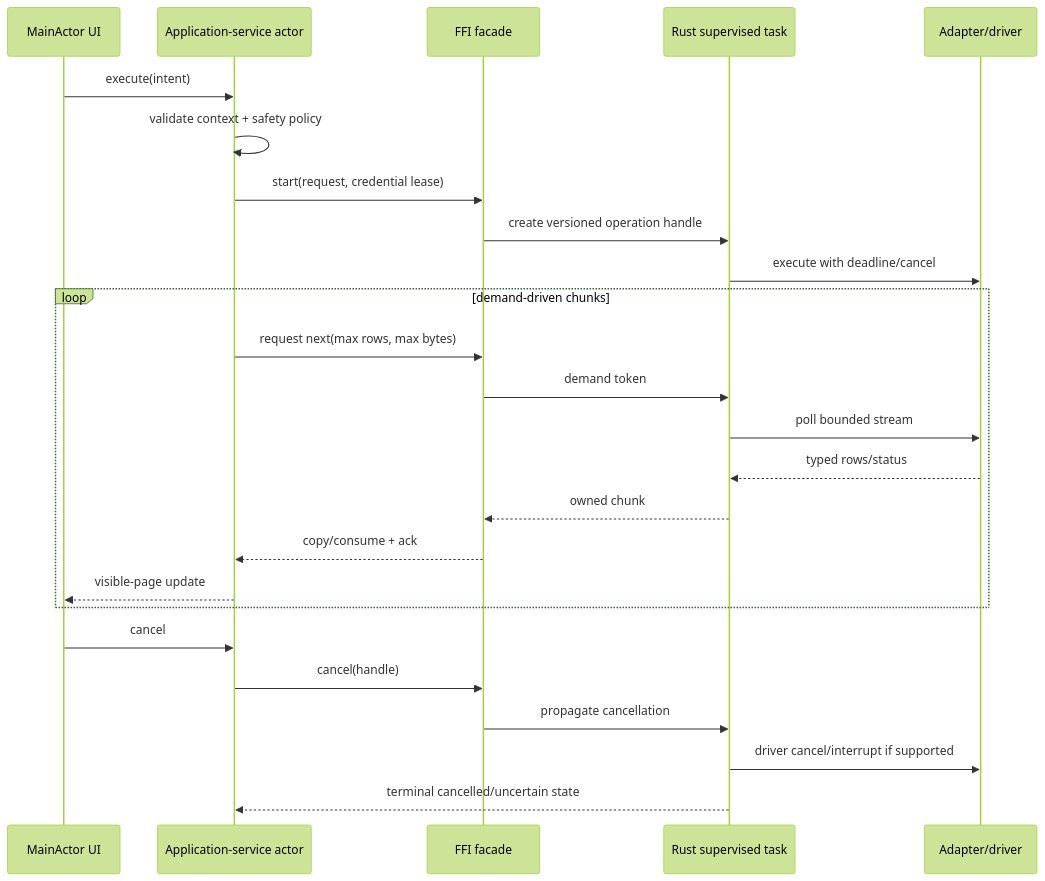
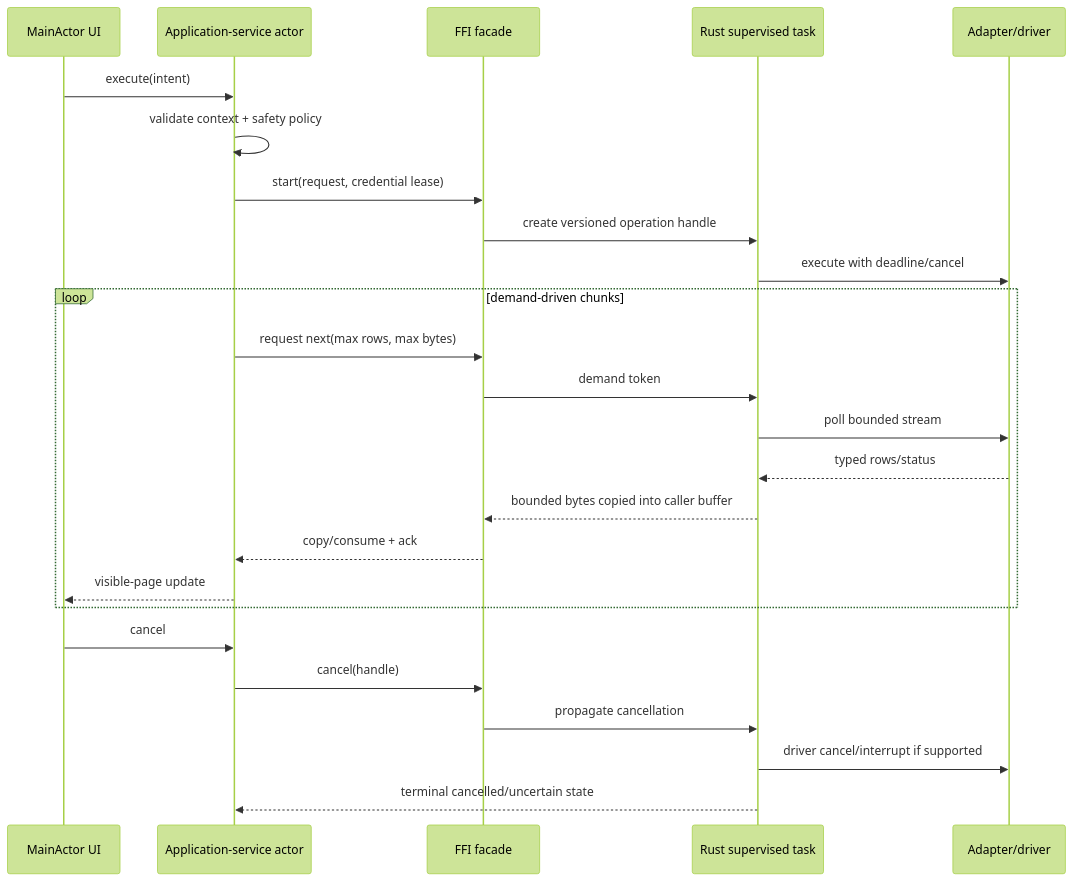
Before and after one commit to Quochuy98/Vibe-Database-Pro: the second of 2 diagrams in docs/ARCHITECTURE.md, drawn with Mermaid (forest theme). The commit also changed other lines of this file and 15 other files, not shown here.

````diff
--- a/docs/ARCHITECTURE.md
+++ b/docs/ARCHITECTURE.md
@@ -170,28 +170,28 @@
 ```mermaid
 sequenceDiagram
     participant UI as MainActor UI
     participant App as Application-service actor
     participant FFI as FFI facade
     participant Core as Rust supervised task
     participant DB as Adapter/driver
 
     UI->>App: execute(intent)
     App->>App: validate context + safety policy
     App->>FFI: start(request, credential lease)
     FFI->>Core: create versioned operation handle
     Core->>DB: execute with deadline/cancel
     loop demand-driven chunks
       App->>FFI: request next(max rows, max bytes)
       FFI->>Core: demand token
       Core->>DB: poll bounded stream
       DB-->>Core: typed rows/status
-      Core-->>FFI: owned chunk
+      Core-->>FFI: bounded bytes copied into caller buffer
       FFI-->>App: copy/consume + ack
       App-->>UI: visible-page update
     end
     UI->>App: cancel
     App->>FFI: cancel(handle)
     FFI->>Core: propagate cancellation
     Core->>DB: driver cancel/interrupt if supported
     Core-->>App: terminal cancelled/uncertain state
 ```
````
